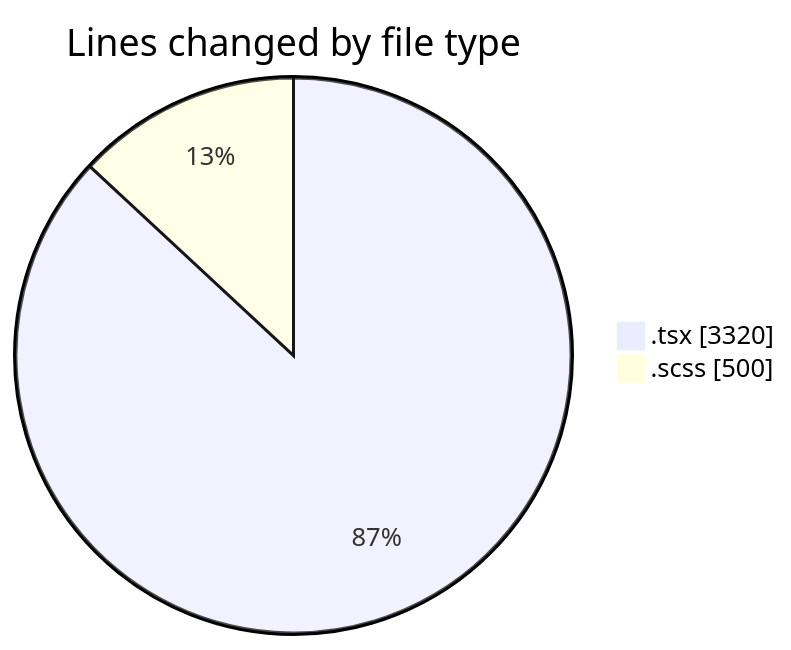
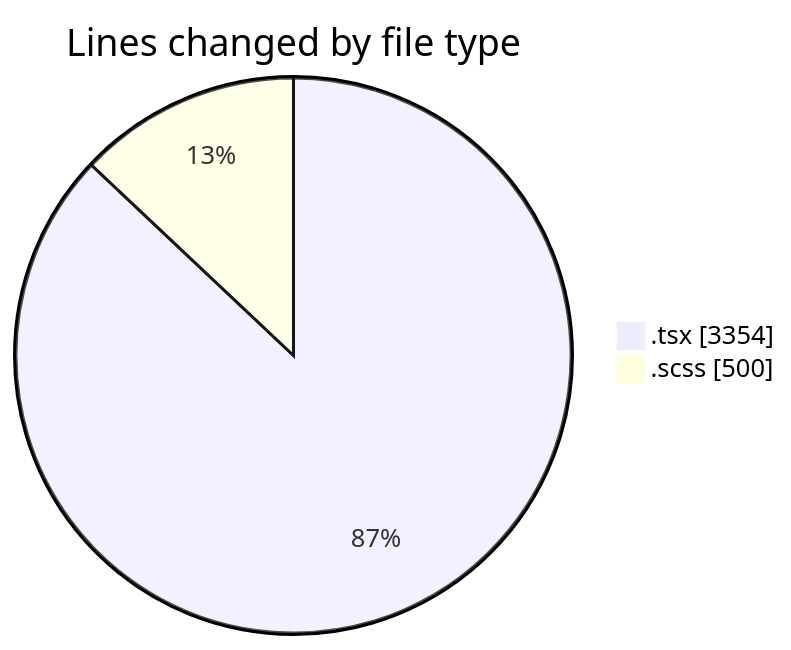
One commit to momahboobian/code-tracking changed the first of 2 diagrams in 2025-04-10/cda/README.md. Above: the diagram before and after it, drawn with Mermaid. The commit also changed other lines of this file and 1 other file, not shown here.

````diff
--- a/2025-04-10/cda/README.md
+++ b/2025-04-10/cda/README.md
@@ -26,6 +26,6 @@
 ```mermaid
 pie showData
 title Lines changed by file type
-".tsx" : 3320
+".tsx" : 3354
 ".scss" : 500
 ```
````
